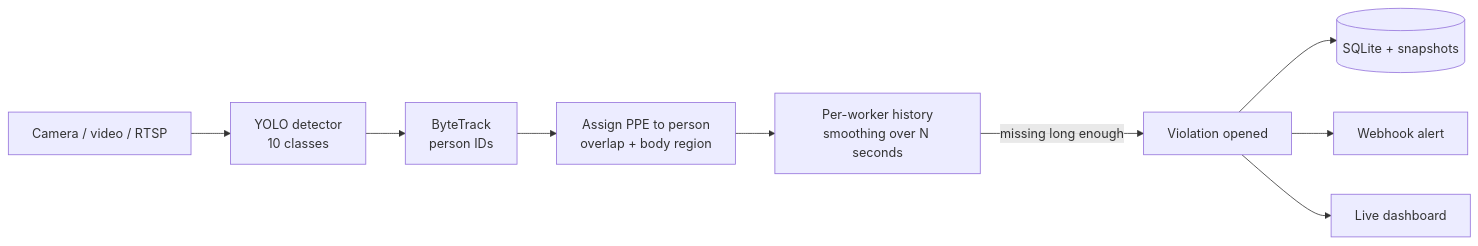
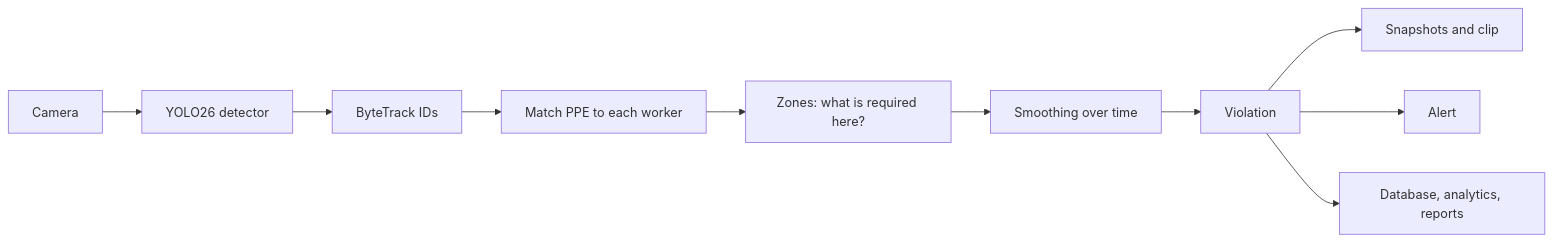
The diagram in README.md (VoxDroid/Construction-Site-Safety-PPE-Detection), drawn with Mermaid before and after one commit. The commit also changed other lines of this file and 47 other files, not shown here.

````diff
--- a/README.md
+++ b/README.md
@@ -64,11 +114,8 @@
 ```mermaid
 flowchart LR
-    A[Camera / video / RTSP] --> B[YOLO detector<br/>10 classes]
-    B --> C[ByteTrack<br/>person IDs]
-    C --> D[Assign PPE to person<br/>overlap + body region]
-    D --> E[Per-worker history<br/>smoothing over N seconds]
-    E -->|missing long enough| F[Violation opened]
-    F --> G[(SQLite + snapshots)]
-    F --> H[Webhook alert]
-    F --> I[Live dashboard]
+    A[Camera] --> B[YOLO26 detector] --> C[ByteTrack IDs] --> D[Match PPE to each worker]
+    D --> E[Zones: what is required here?] --> F[Smoothing over time] --> G[Violation]
+    G --> H[Snapshots and clip]
+    G --> I[Alert]
+    G --> J[Database, analytics, reports]
 ```
````
